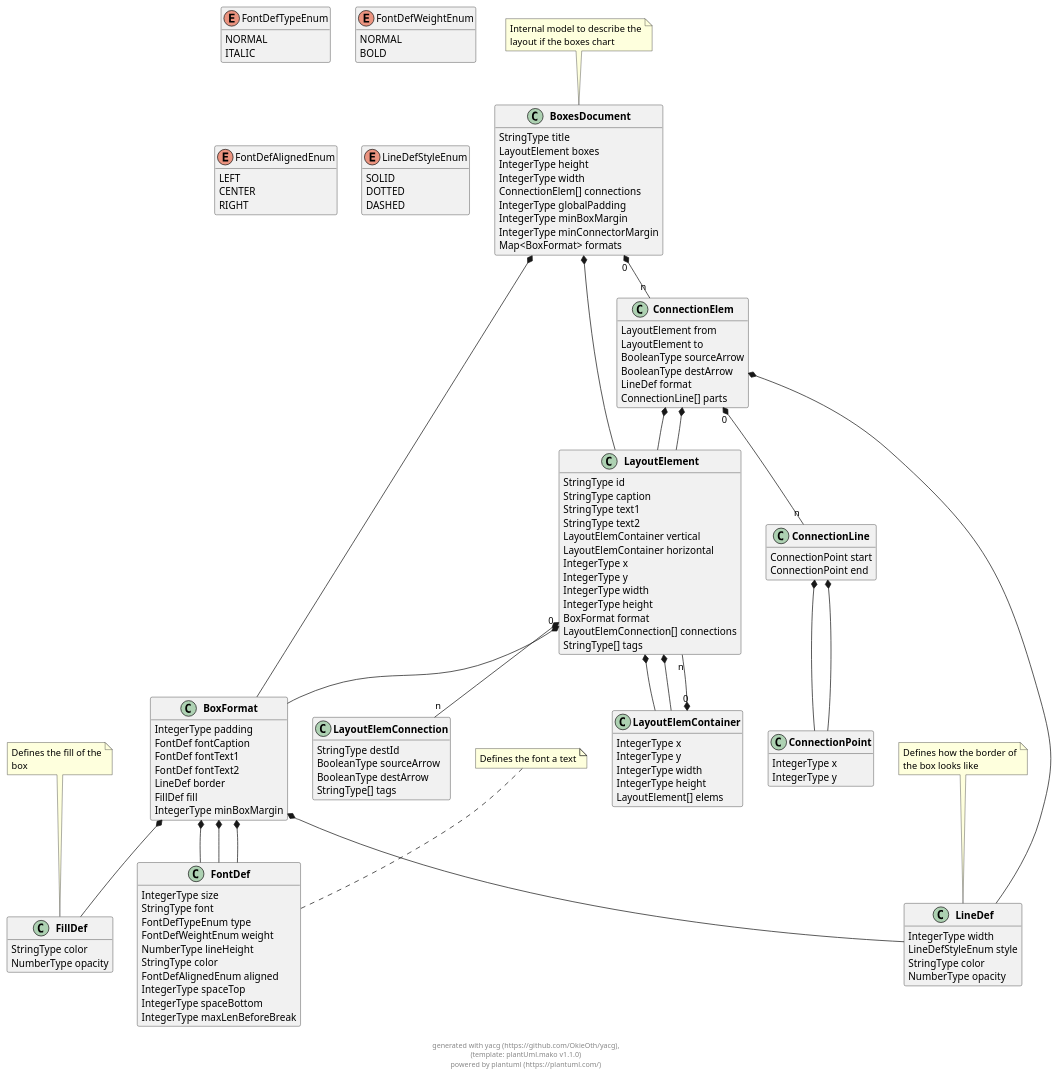
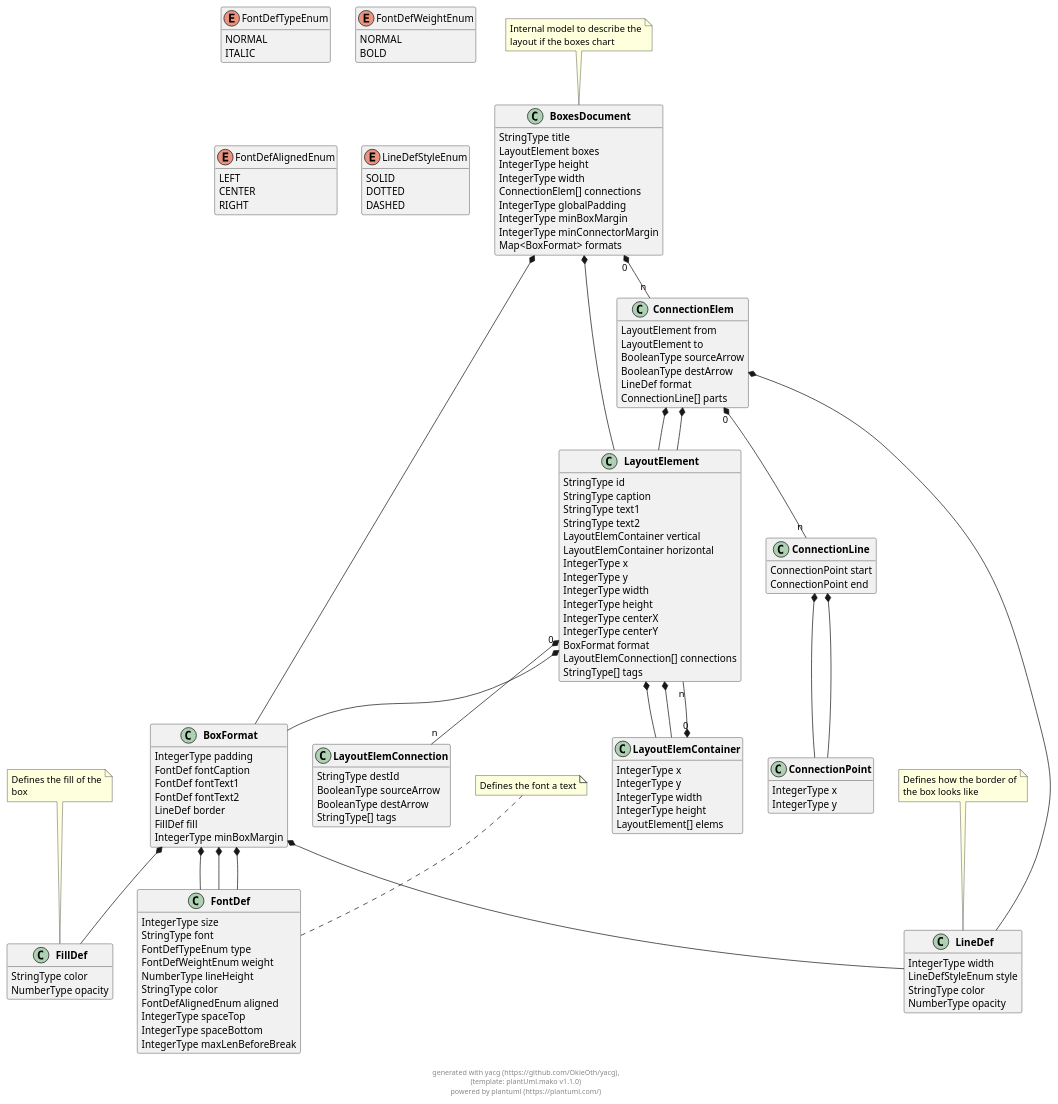
Before and after one commit to OkieOth/draw.chart.things: the diagram in docs/models/puml/boxes_document.puml, drawn with PlantUML. The commit also changed 6 other files, not shown here.

```diff
--- a/docs/models/puml/boxes_document.puml
+++ b/docs/models/puml/boxes_document.puml
@@ -30,6 +30,8 @@
         IntegerType y
         IntegerType width
         IntegerType height
+        IntegerType centerX
+        IntegerType centerY
         BoxFormat format
         LayoutElemConnection[] connections
         StringType[] tags
@@ -177,6 +179,8 @@
 
 
 
+
+
 LayoutElement  *--  BoxFormat
 
 LayoutElement "0" *-- "n" LayoutElemConnection
```
